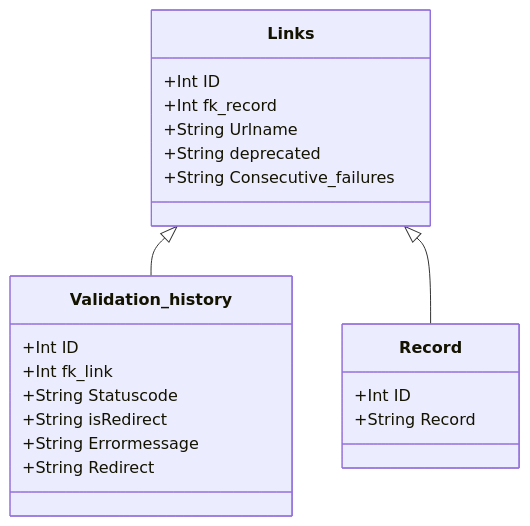
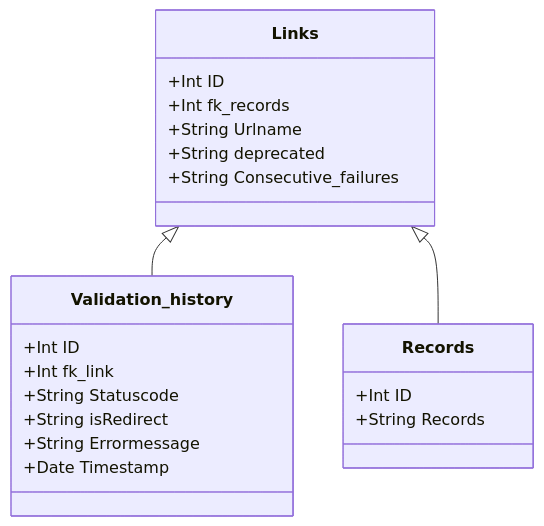
The third of 3 diagrams in docs/design.md (soilwise-he/link-liveliness-assessment), drawn with Mermaid before and after one commit. The commit also changed other lines of this file, not shown here.

Commit message:
add sequence diagram, update design diagram

````diff
--- a/docs/design.md
+++ b/docs/design.md
@@ -99,22 +146,22 @@
 ```mermaid
 classDiagram
     Links <|-- Validation_history
-    Links <|-- Record
+    Links <|-- Records
     Links : +Int ID
-    Links : +Int fk_record
+    Links : +Int fk_records
     Links : +String Urlname
     Links : +String deprecated
     Links : +String Consecutive_failures
-    class Record{
+    class Records{
     +Int ID
-    +String Record
+    +String Records
     }
     class Validation_history{
       +Int ID
       +Int fk_link
       +String Statuscode
      +String isRedirect
      +String Errormessage
-     +String Redirect
+     +Date Timestamp
     }
 ```
````
